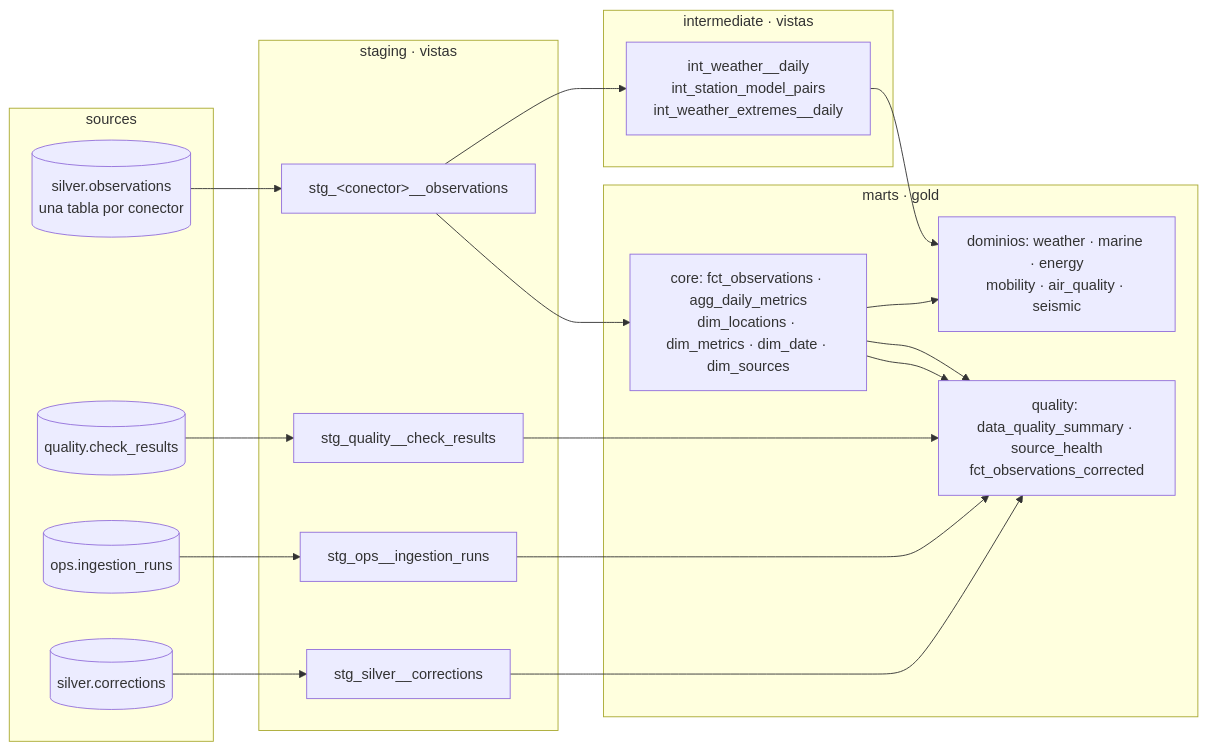
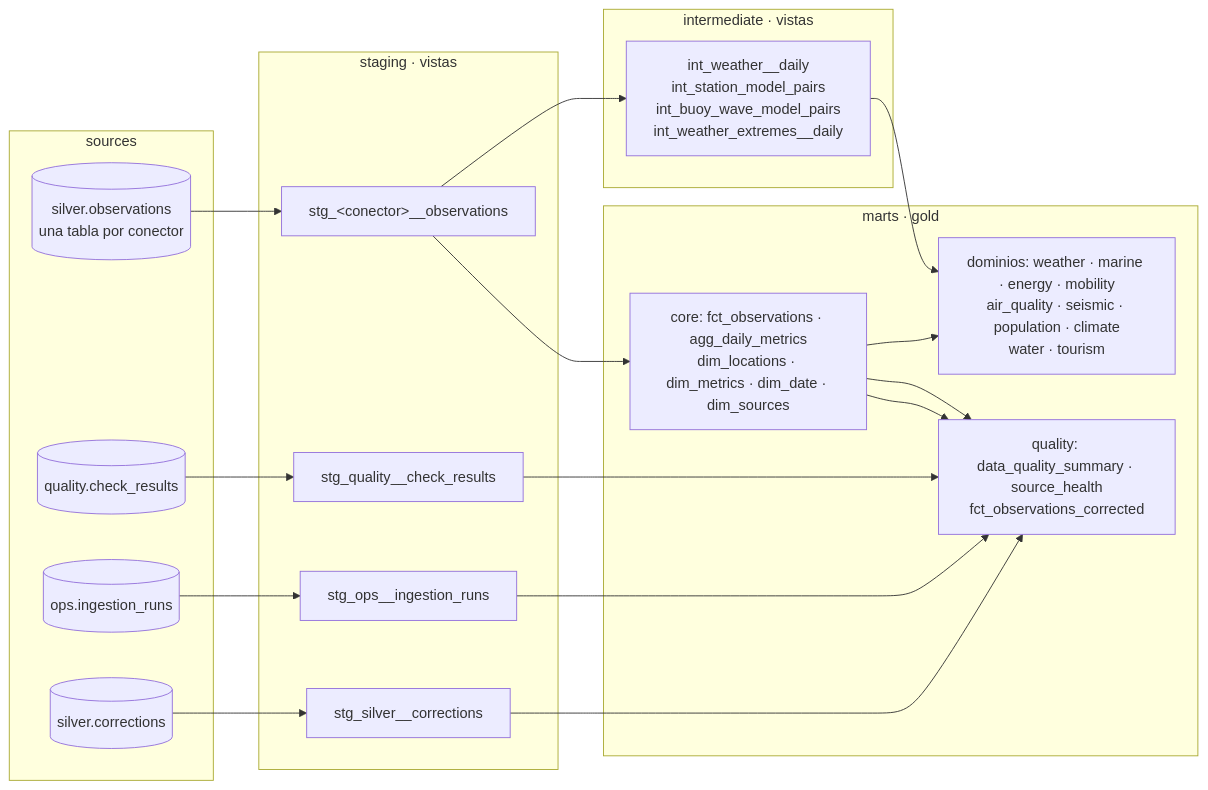
Before and after one commit to AlexandreColl/MallorcaDataPlatform: the diagram in dbt/README.md, drawn with Mermaid. The commit also changed other lines of this file and 3 other files, not shown here.

````diff
--- a/dbt/README.md
+++ b/dbt/README.md
@@ -7,30 +9,30 @@
 ```mermaid
 flowchart LR
     subgraph sources[sources]
         S1[(silver.observations<br/>una tabla por conector)]
         S2[(quality.check_results)]
         S3[(ops.ingestion_runs)]
         S4[(silver.corrections)]
     end
     subgraph staging[staging · vistas]
         ST[stg_&lt;conector&gt;__observations]
         SQ[stg_quality__check_results]
         SO[stg_ops__ingestion_runs]
         SC[stg_silver__corrections]
     end
     subgraph intermediate[intermediate · vistas]
-        IW[int_weather__daily<br/>int_station_model_pairs<br/>int_weather_extremes__daily]
+        IW[int_weather__daily<br/>int_station_model_pairs<br/>int_buoy_wave_model_pairs<br/>int_weather_extremes__daily]
     end
     subgraph marts[marts · gold]
         C[core: fct_observations · agg_daily_metrics<br/>dim_locations · dim_metrics · dim_date · dim_sources]
-        D[dominios: weather · marine · energy<br/>mobility · air_quality · seismic]
+        D[dominios: weather · marine · energy · mobility<br/>air_quality · seismic · population · climate<br/>water · tourism]
         Q[quality: data_quality_summary · source_health<br/>fct_observations_corrected]
     end
     S1 --> ST --> IW --> D
     ST --> C --> D
     S2 --> SQ --> Q
     S3 --> SO --> Q
     S4 --> SC --> Q
     C --> Q
     C --> Q
 ```
````
